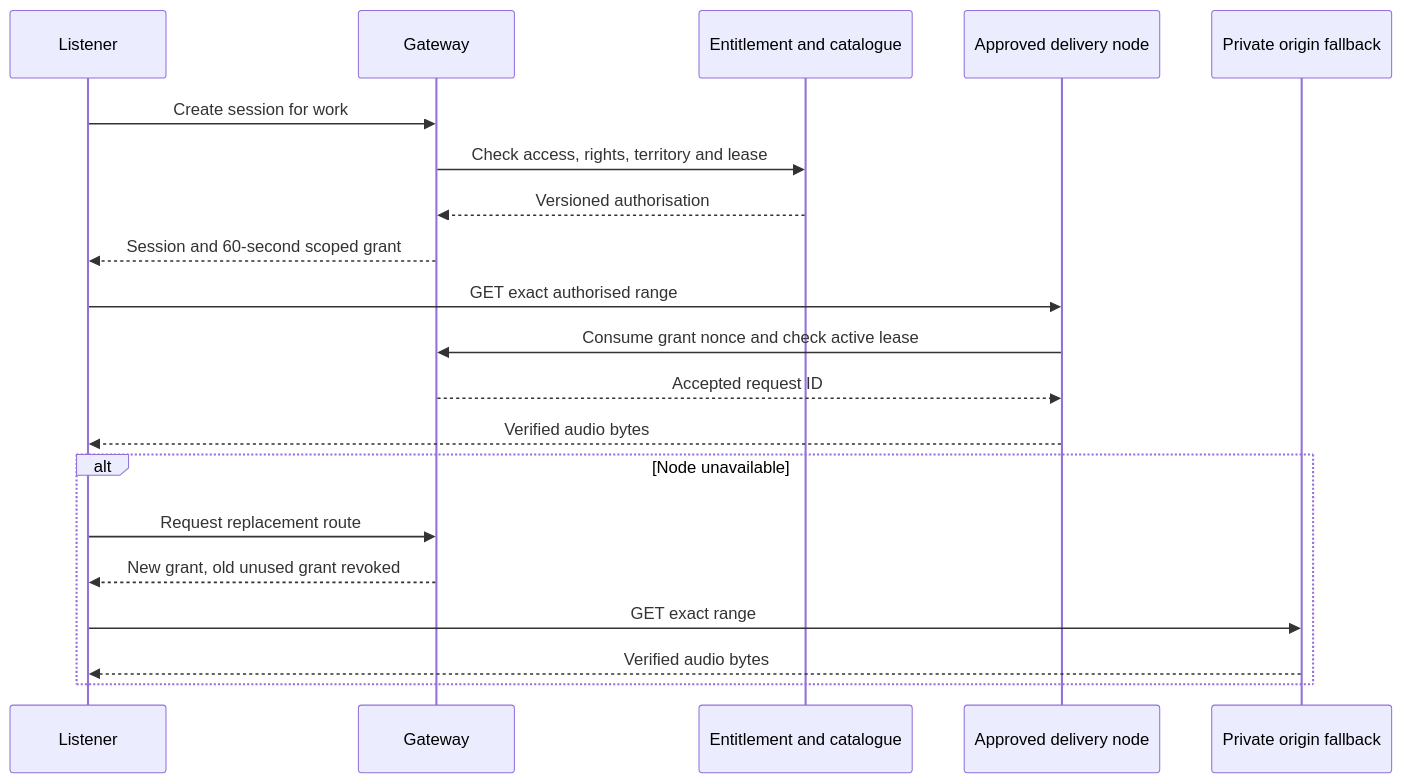
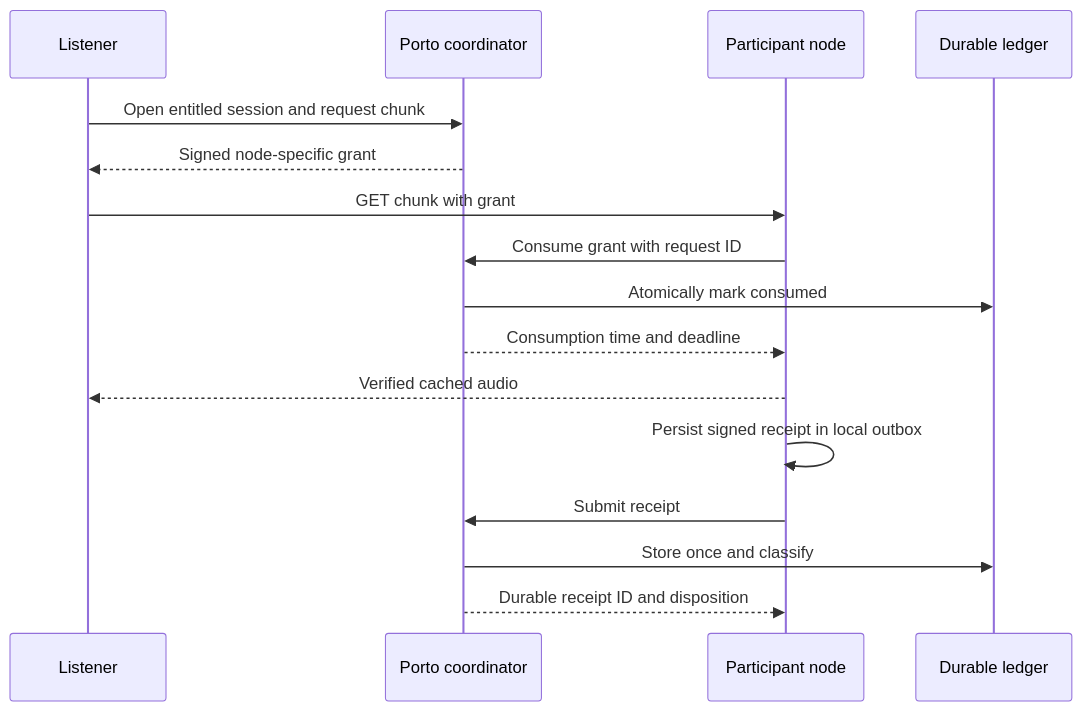
Before and after one commit to porto-labs-xyz/docs: the first of 2 diagrams in london-0.1.0/06-streaming-delivery-and-attestation.md, drawn with Mermaid. The commit also changed other lines of this file and 37 other files, not shown here.

````diff
--- a/london-0.1.0/06-streaming-delivery-and-attestation.md
+++ b/london-0.1.0/06-streaming-delivery-and-attestation.md
@@ -11,22 +17,18 @@
 ```mermaid
 sequenceDiagram
   participant L as Listener
-  participant G as Gateway
-  participant A as Entitlement and catalogue
-  participant N as Approved delivery node
-  participant O as Private origin fallback
-  L->>G: Create session for work
-  G->>A: Check access, rights, territory and lease
-  A-->>G: Versioned authorisation
-  G-->>L: Session and 60-second scoped grant
-  L->>N: GET exact authorised range
-  N->>G: Consume grant nonce and check active lease
-  G-->>N: Accepted request ID
-  N-->>L: Verified audio bytes
-  alt Node unavailable
-    L->>G: Request replacement route
-    G-->>L: New grant, old unused grant revoked
-    L->>O: GET exact range
-    O-->>L: Verified audio bytes
-  end
+  participant P as Porto coordinator
+  participant N as Participant node
+  participant D as Durable ledger
+  L->>P: Open entitled session and request chunk
+  P-->>L: Signed node-specific grant
+  L->>N: GET chunk with grant
+  N->>P: Consume grant with request ID
+  P->>D: Atomically mark consumed
+  P-->>N: Consumption time and deadline
+  N-->>L: Verified cached audio
+  N->>N: Persist signed receipt in local outbox
+  N->>P: Submit receipt
+  P->>D: Store once and classify
+  P-->>N: Durable receipt ID and disposition
 ```
````
